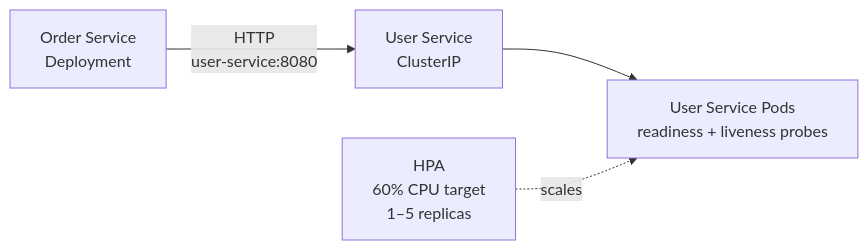
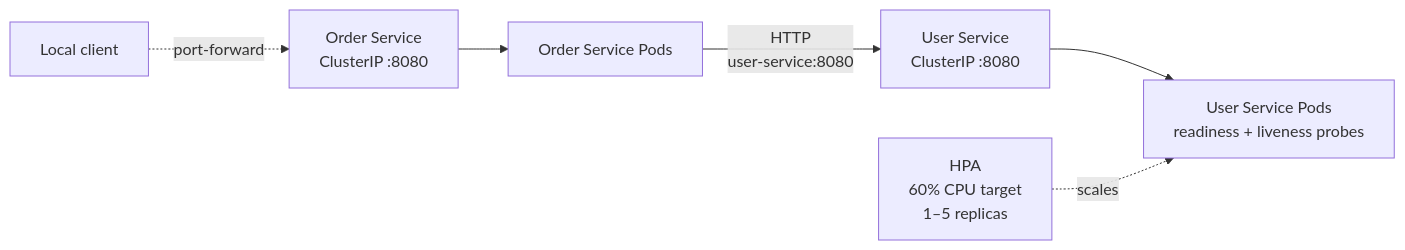
The diagram in README.md (abdoulc/k8s-java-lab), drawn with Mermaid before and after one commit. The commit also changed other lines of this file and 2 other files, not shown here.

````diff
--- a/README.md
+++ b/README.md
@@ -96,6 +96,8 @@
 ```mermaid
 flowchart LR
-    Order[Order Service<br/>Deployment] -->|HTTP<br/>user-service:8080| Service[User Service<br/>ClusterIP]
-    Service --> Pods[User Service Pods<br/>readiness + liveness probes]
-    HPA[HPA<br/>60% CPU target<br/>1–5 replicas] -. scales .-> Pods
+    Client[Local client] -. port-forward .-> OrderService[Order Service<br/>ClusterIP :8080]
+    OrderService --> OrderPods[Order Service Pods]
+    OrderPods -->|HTTP<br/>user-service:8080| UserService[User Service<br/>ClusterIP :8080]
+    UserService --> UserPods[User Service Pods<br/>readiness + liveness probes]
+    HPA[HPA<br/>60% CPU target<br/>1–5 replicas] -. scales .-> UserPods
 ```
````
